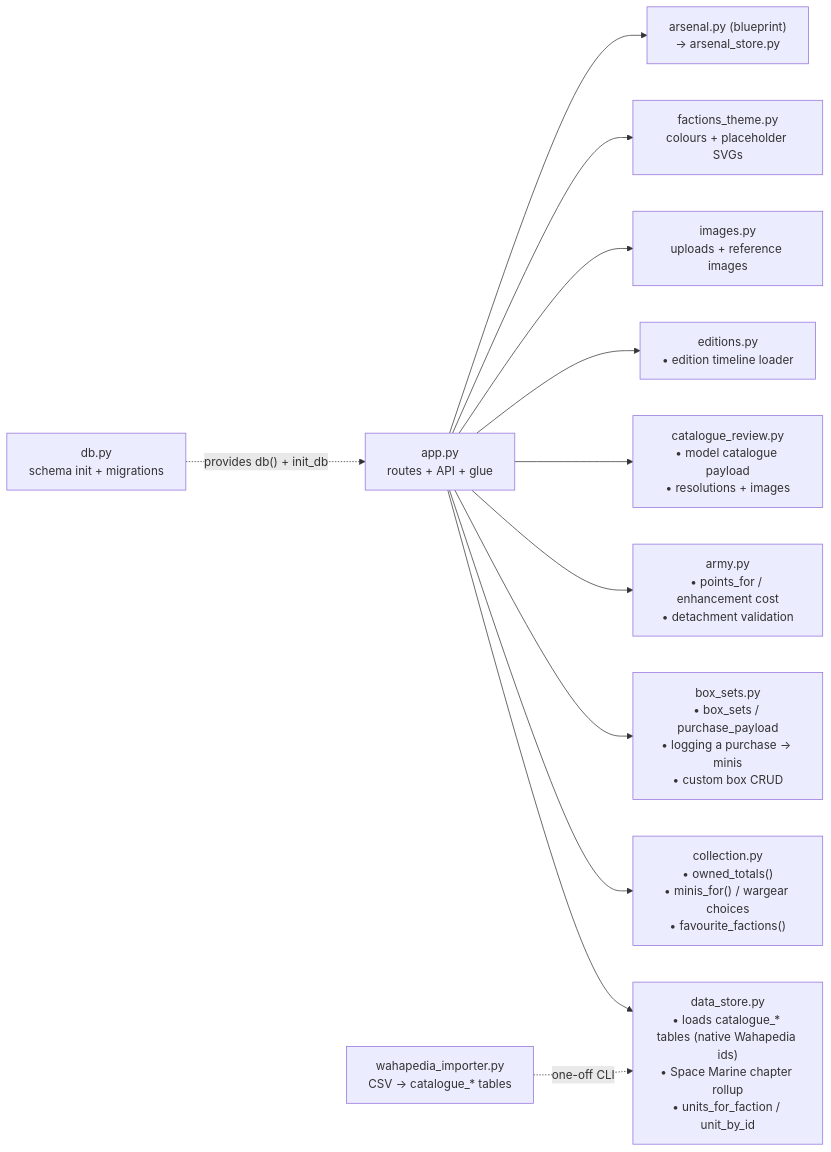
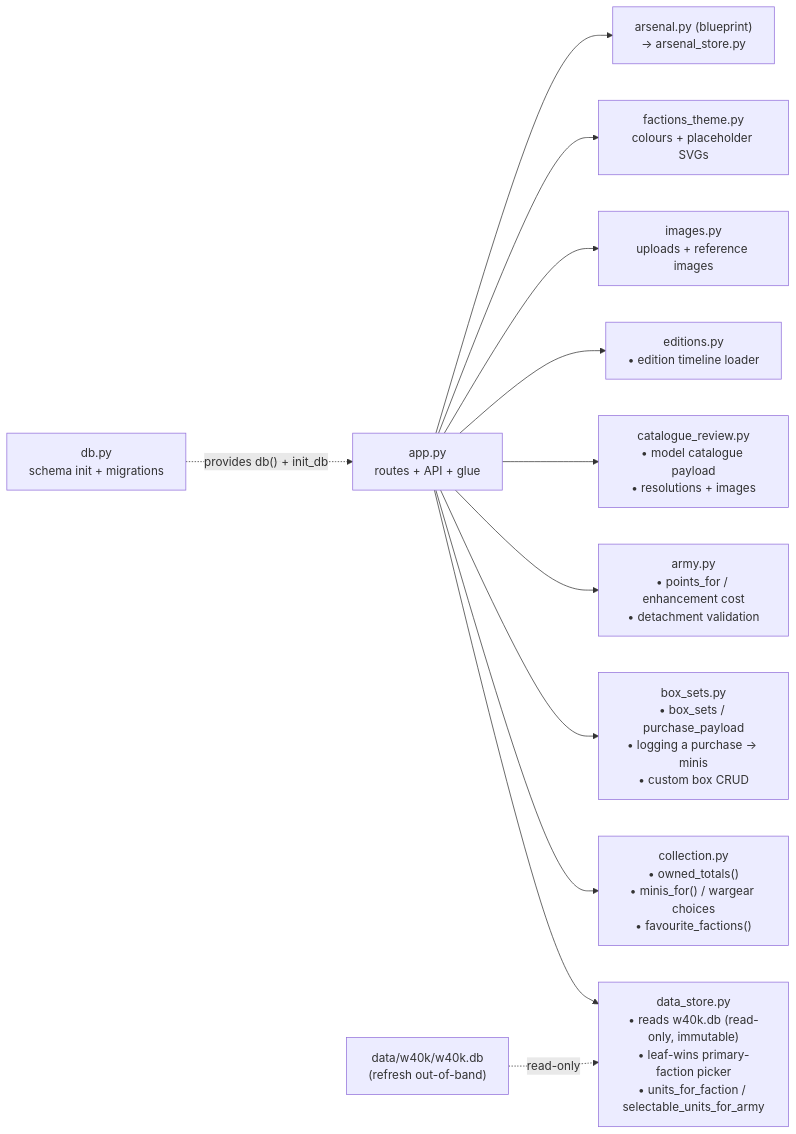
One commit to Unfunded8495/Codex-Armorum changed the fifth of 12 diagrams in CODEX_ARMORUM_APP_MAP.md. Above: the diagram before and after it, drawn with Mermaid. The commit also changed other lines of this file and 44 other files, not shown here.

````diff
--- a/CODEX_ARMORUM_APP_MAP.md
+++ b/CODEX_ARMORUM_APP_MAP.md
@@ -228,17 +228,17 @@
 ```mermaid
 flowchart LR
     apppy["app.py<br/>routes + API + glue"]
 
-    apppy --> data_store["data_store.py<br/>• loads catalogue_* tables (native Wahapedia ids)<br/>• Space Marine chapter rollup<br/>• units_for_faction / unit_by_id"]
+    apppy --> data_store["data_store.py<br/>• reads w40k.db (read-only, immutable)<br/>• leaf-wins primary-faction picker<br/>• units_for_faction / selectable_units_for_army"]
     apppy --> collection["collection.py<br/>• owned_totals()<br/>• minis_for() / wargear choices<br/>• favourite_factions()"]
     apppy --> box_sets["box_sets.py<br/>• box_sets / purchase_payload<br/>• logging a purchase → minis<br/>• custom box CRUD"]
     apppy --> army["army.py<br/>• points_for / enhancement cost<br/>• detachment validation"]
     apppy --> catalogue_review["catalogue_review.py<br/>• model catalogue payload<br/>• resolutions + images"]
     apppy --> editions["editions.py<br/>• edition timeline loader"]
     apppy --> images["images.py<br/>uploads + reference images"]
     apppy --> factions_theme["factions_theme.py<br/>colours + placeholder SVGs"]
     apppy --> arsenal["arsenal.py (blueprint)<br/>→ arsenal_store.py"]
 
     db["db.py<br/>schema init + migrations"] -.provides db() + init_db.-> apppy
-    wahapedia["wahapedia_importer.py<br/>CSV → catalogue_* tables"] -.one-off CLI.-> data_store
+    w40k["data/w40k/w40k.db<br/>(refresh out-of-band)"] -.read-only.-> data_store
 ```
````
